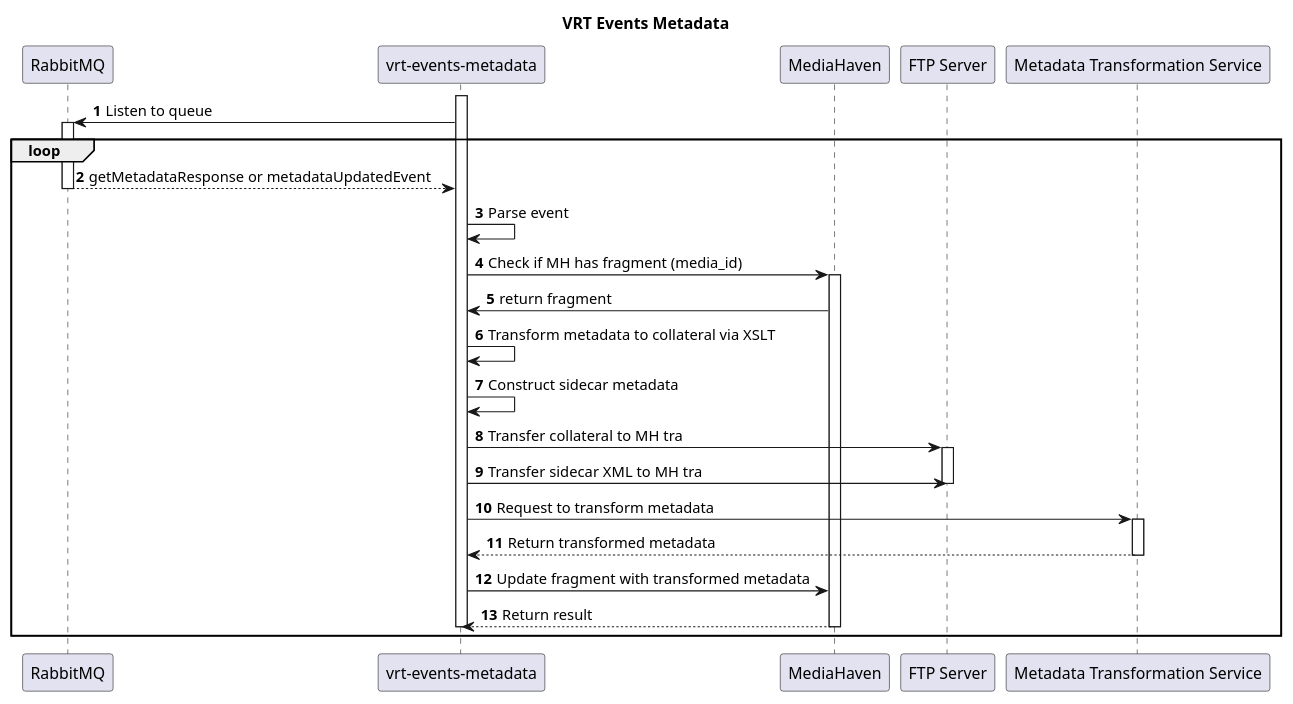
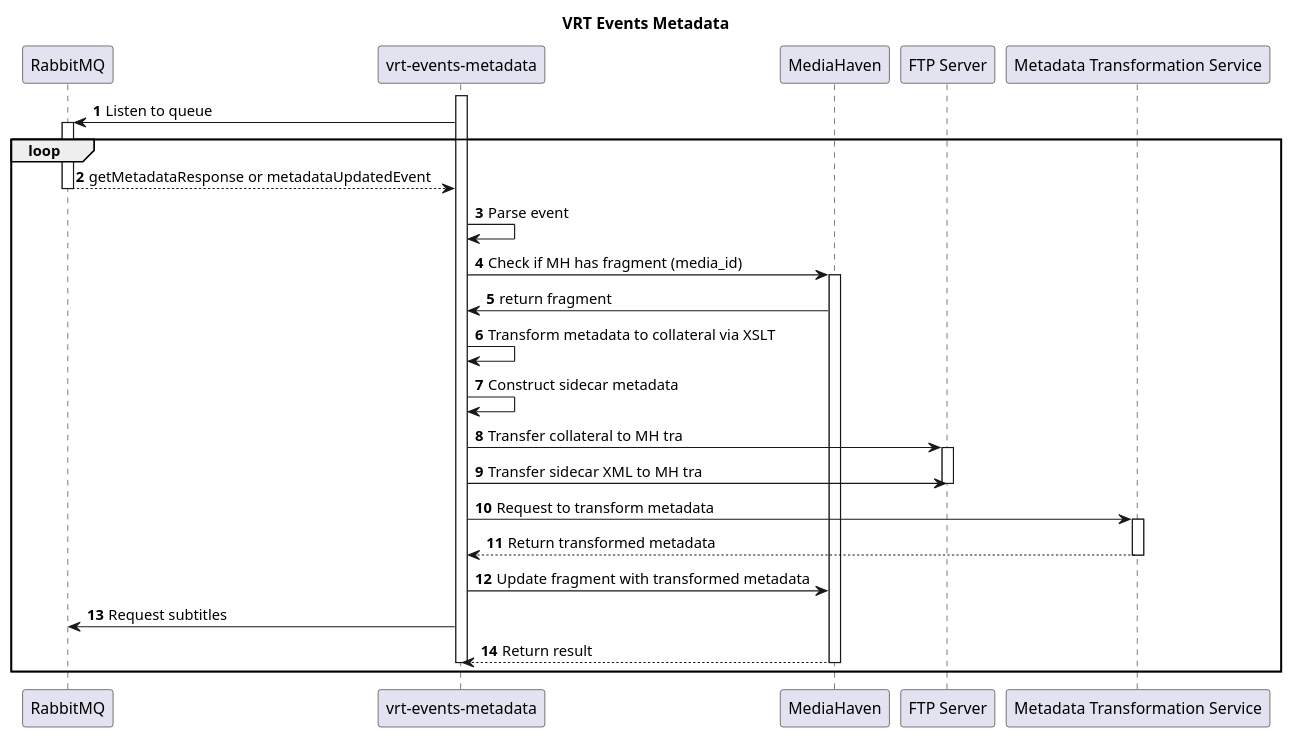
Before and after one commit to viaacode/vrt-events-metadata: the diagram in docs/v-e-m_sequence-diagram.plantuml, drawn with PlantUML.

Commit message:
DEV-1316 Add subtitle request to sequence diagram
Update UML diagram; a `makeSubtitleAvailableRequest` is sent.

```diff
--- a/docs/v-e-m_sequence-diagram.plantuml
+++ b/docs/v-e-m_sequence-diagram.plantuml
@@ -1,39 +1,40 @@
 @startuml vrt-events-metadata
 
 autonumber
 
 title VRT Events Metadata
 
 participant rabbit as "RabbitMQ"
 participant vem as "vrt-events-metadata"
 participant mh as "MediaHaven"
 participant ftp as "FTP Server"
 participant mtd as "Metadata Transformation Service"
 
 activate vem
 vem -> rabbit: Listen to queue
 activate rabbit
 loop
 	rabbit --> vem: getMetadataResponse or metadataUpdatedEvent
 	deactivate rabbit
 	vem -> vem: Parse event
 	vem -> mh: Check if MH has fragment (media_id)
 	activate mh
 	mh -> vem: return fragment
 	vem -> vem: Transform metadata to collateral via XSLT
 	vem -> vem: Construct sidecar metadata
 	vem -> ftp: Transfer collateral to MH tra
 	activate ftp
 	vem -> ftp: Transfer sidecar XML to MH tra
 	deactivate ftp
 	vem -> mtd: Request to transform metadata
 	activate mtd
 	mtd --> vem: Return transformed metadata
 	deactivate mtd
 	vem -> mh: Update fragment with transformed metadata
+	vem -> rabbit: Request subtitles
 	mh --> vem: Return result
 	deactivate mh
 	deactivate vem
 end
 
 @enduml
```
